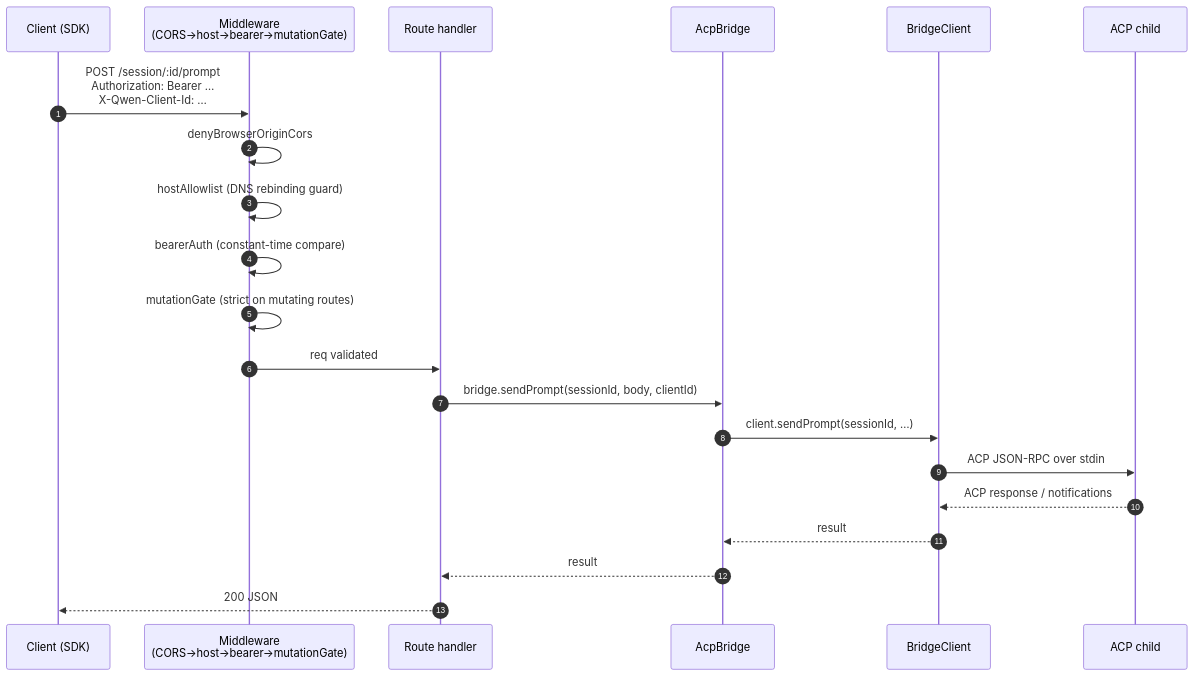
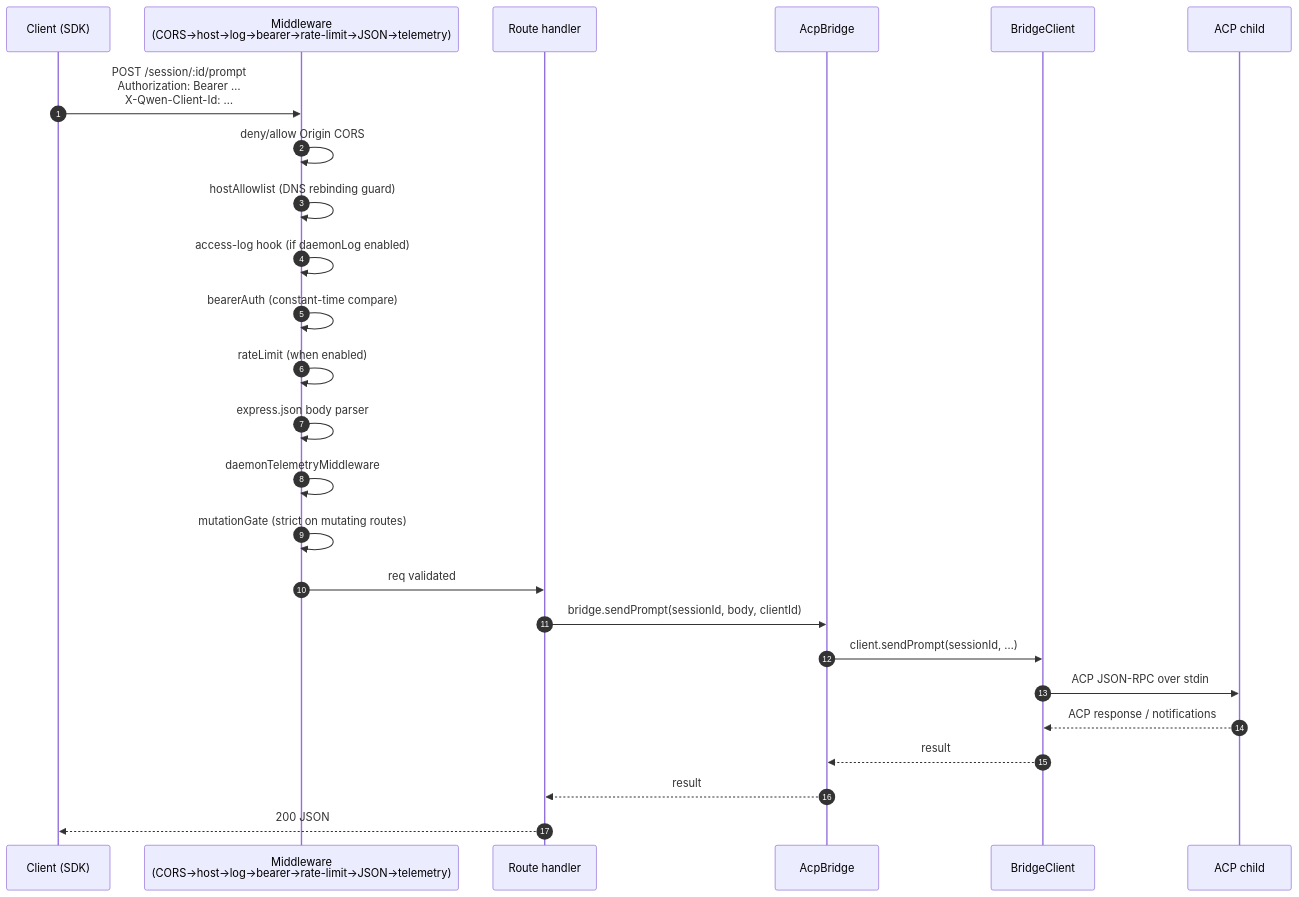
One commit to QwenLM/qwen-code changed the third of 7 diagrams in docs/developers/daemon/01-architecture.md. Above: the diagram before and after it, drawn with Mermaid. The commit also changed 7 other files, not shown here.

````diff
--- a/docs/developers/daemon/01-architecture.md
+++ b/docs/developers/daemon/01-architecture.md
@@ -151,24 +151,28 @@
 ```mermaid
 sequenceDiagram
     autonumber
     participant C as Client (SDK)
-    participant MW as Middleware<br/>(CORS→host→bearer→mutationGate)
+    participant MW as Middleware<br/>(CORS→host→log→bearer→rate-limit→JSON→telemetry)
     participant R as Route handler
     participant BR as AcpBridge
     participant BC as BridgeClient
     participant CH as ACP child
 
     C->>MW: POST /session/:id/prompt<br/>Authorization: Bearer …<br/>X-Qwen-Client-Id: …
-    MW->>MW: denyBrowserOriginCors
+    MW->>MW: deny/allow Origin CORS
     MW->>MW: hostAllowlist (DNS rebinding guard)
+    MW->>MW: access-log hook (if daemonLog enabled)
     MW->>MW: bearerAuth (constant-time compare)
+    MW->>MW: rateLimit (when enabled)
+    MW->>MW: express.json body parser
+    MW->>MW: daemonTelemetryMiddleware
     MW->>MW: mutationGate (strict on mutating routes)
     MW->>R: req validated
     R->>BR: bridge.sendPrompt(sessionId, body, clientId)
     BR->>BC: client.sendPrompt(sessionId, …)
     BC->>CH: ACP JSON-RPC over stdin
     CH-->>BC: ACP response / notifications
     BC-->>BR: result
     BR-->>R: result
     R-->>C: 200 JSON
 ```
````
